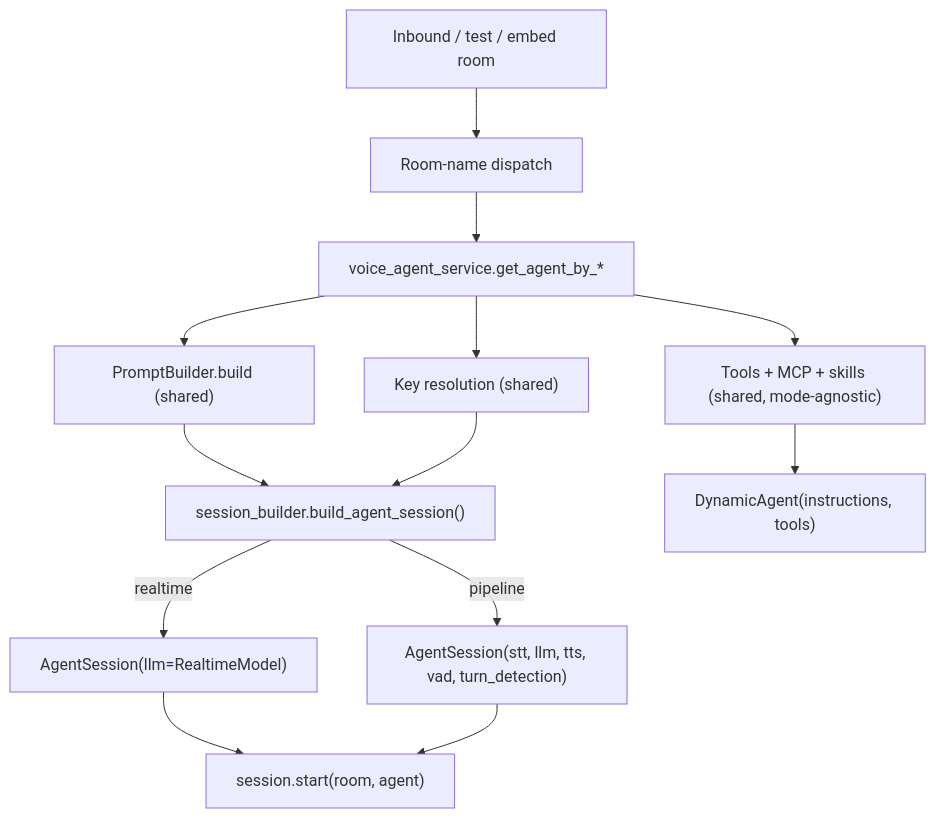
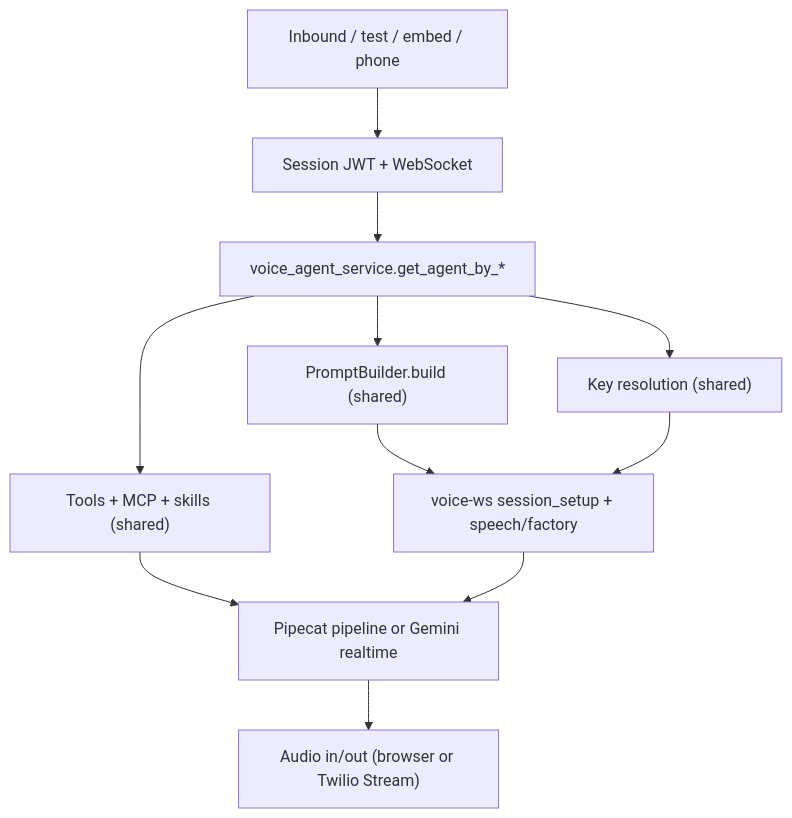
The diagram in docs/02_core_systems/voice_engine.md (gauravdhiman/a1-voice-agent-platform), drawn with Mermaid before and after one commit. The commit also changed other lines of this file and 163 other files, not shown here.

Commit message:
feat(voice): remove LiveKit worker; Pipecat voice-ws is the only voice runtime

````diff
--- a/docs/02_core_systems/voice_engine.md
+++ b/docs/02_core_systems/voice_engine.md
@@ -30,15 +31,13 @@
 ```mermaid
 flowchart TD
-    Call["Inbound / test / embed room"] --> Dispatch["Room-name dispatch"]
-    Dispatch --> Fetch["voice_agent_service.get_agent_by_*"]
+    Call["Inbound / test / embed / phone"] --> Auth["Session JWT + WebSocket"]
+    Auth --> Fetch["voice_agent_service.get_agent_by_*"]
     Fetch --> Prompt["PromptBuilder.build (shared)"]
     Fetch --> Keys["Key resolution (shared)"]
-    Prompt --> Builder["session_builder.build_agent_session()"]
-    Keys --> Builder
-    Fetch --> Tools["Tools + MCP + skills (shared, mode-agnostic)"]
-    Tools --> Agent["DynamicAgent(instructions, tools)"]
-    Builder -->|"realtime"| RT["AgentSession(llm=RealtimeModel)"]
-    Builder -->|"pipeline"| PL["AgentSession(stt, llm, tts, vad, turn_detection)"]
-    RT --> Start["session.start(room, agent)"]
-    PL --> Start
+    Prompt --> Setup["voice-ws session_setup + speech/factory"]
+    Keys --> Setup
+    Fetch --> Tools["Tools + MCP + skills (shared)"]
+    Tools --> Agent["Pipecat pipeline or Gemini realtime"]
+    Setup --> Agent
+    Agent --> Start["Audio in/out (browser or Twilio Stream)"]
 ```
````
